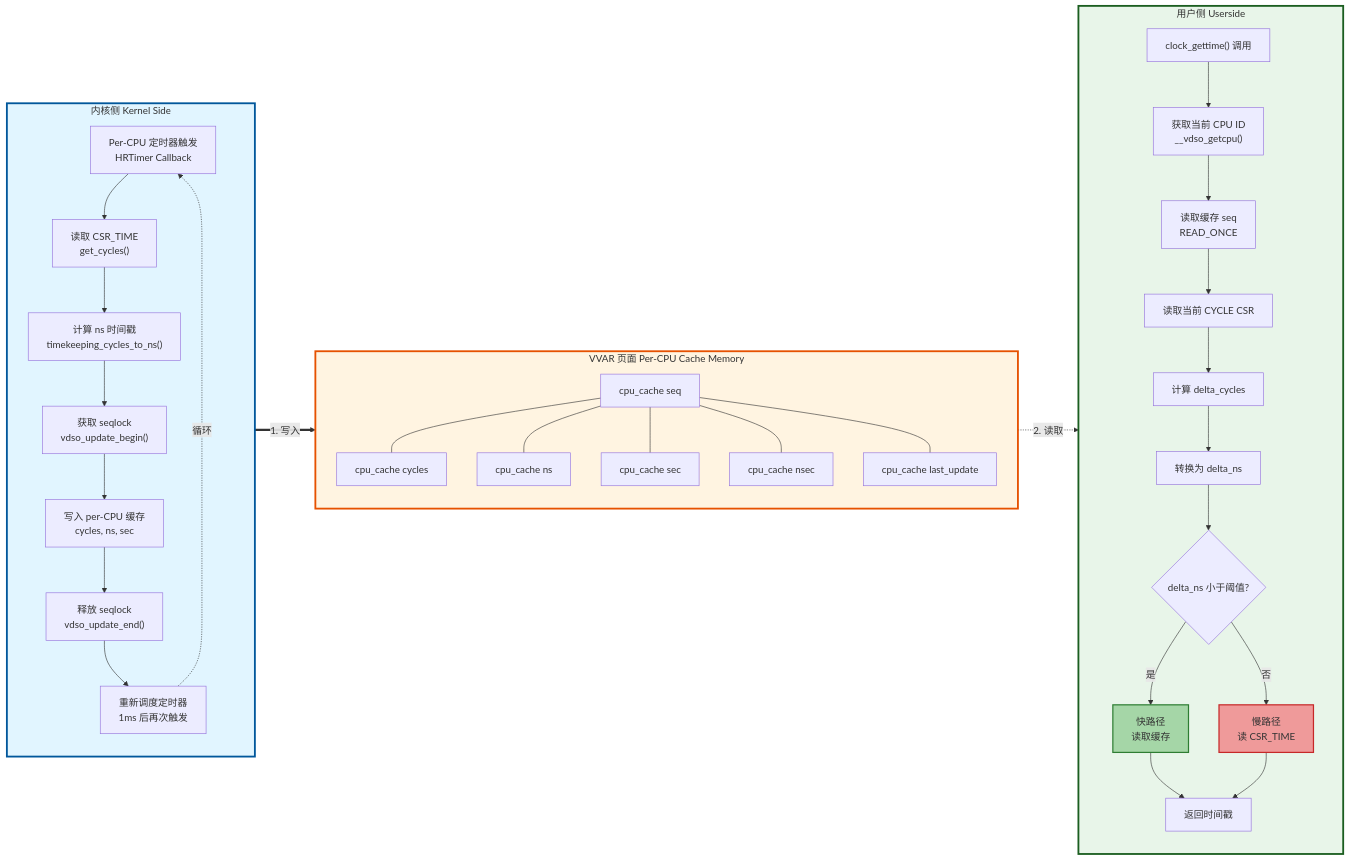
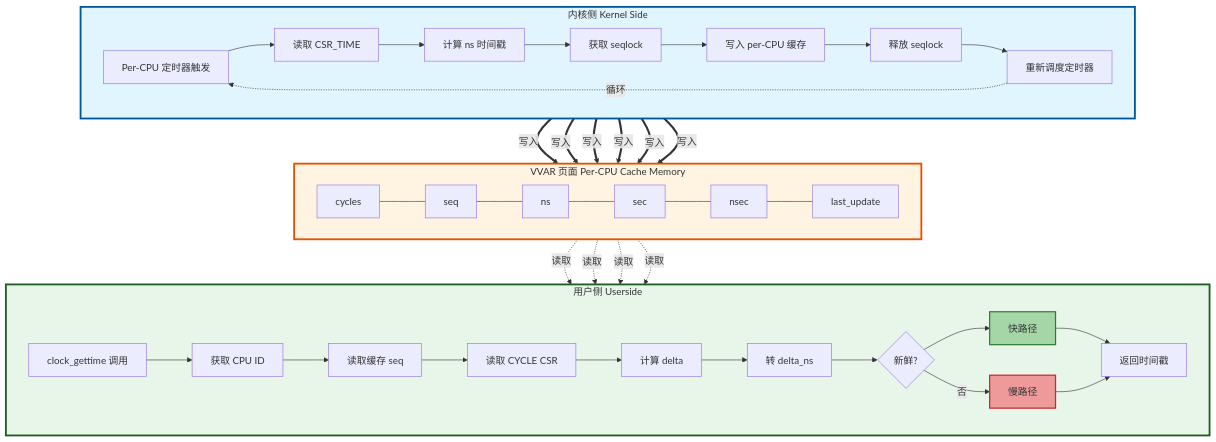
Before and after one commit to zcxGGmu/linux-riscv-docs: the eighth of 8 diagrams in kernel/vdso/res/cc-glm/use-subagents/RISC-V_vDSO_时间戳缓存优化方案_完整版.md, drawn with Mermaid. The commit also changed other lines of this file, not shown here.

Commit message:
docs: reorganize A.3 data flow to vertical stacked layout
Rearrange the three main sections vertically:
- Top: Kernel Side (定时器 → 写入缓存)
- Middle: VVAR Page (缓存数据存储)
- Bottom: User Side (读取 → 检查 → 返回)

Each section uses horizontal flow (LR) internally for
better space utilization, while the overall layout is
vertical (TB) for clear top-to-bottom data flow.

Simplified node labels for cleaner appearance.

````diff
--- a/kernel/vdso/res/cc-glm/use-subagents/RISC-V_vDSO_时间戳缓存优化方案_完整版.md
+++ b/kernel/vdso/res/cc-glm/use-subagents/RISC-V_vDSO_时间戳缓存优化方案_完整版.md
@@ -1623,62 +1623,38 @@
 ```mermaid
-flowchart LR
+flowchart TB
     subgraph KERNEL["内核侧 Kernel Side"]
-        direction TB
-        K1["Per-CPU 定时器触发<br/>HRTimer Callback"]
-        K2["读取 CSR_TIME<br/>get_cycles()"]
-        K3["计算 ns 时间戳<br/>timekeeping_cycles_to_ns()"]
-        K4["获取 seqlock<br/>vdso_update_begin()"]
-        K5["写入 per-CPU 缓存<br/>cycles, ns, sec"]
-        K6["释放 seqlock<br/>vdso_update_end()"]
-        K7["重新调度定时器<br/>1ms 后再次触发"]
-
-        K1 --> K2 --> K3 --> K4 --> K5 --> K6 --> K7
+        direction LR
+        K1["Per-CPU 定时器触发"] --> K2["读取 CSR_TIME"] --> K3["计算 ns 时间戳"] --> K4["获取 seqlock"] --> K5["写入 per-CPU 缓存"] --> K6["释放 seqlock"] --> K7["重新调度定时器"]
         K7 -.->|循环| K1
     end
 
     subgraph VVAR["VVAR 页面 Per-CPU Cache Memory"]
-        direction TB
-        V1["cpu_cache cycles"]
-        V2["cpu_cache ns"]
-        V3["cpu_cache sec"]
-        V4["cpu_cache nsec"]
-        V5["cpu_cache seq"]
-        V6["cpu_cache last_update"]
-
-        V5 --- V1
-        V5 --- V2
-        V5 --- V3
-        V5 --- V4
-        V5 --- V6
+        direction LR
+        V1["cycles"] --- V5["seq"] --- V2["ns"] --- V3["sec"] --- V4["nsec"] --- V6["last_update"]
     end
 
     subgraph USER["用户侧 Userside"]
-        direction TB
-        U1["clock_gettime() 调用"]
-        U2["获取当前 CPU ID<br/>__vdso_getcpu()"]
-        U3["读取缓存 seq<br/>READ_ONCE"]
-        U4["读取当前 CYCLE CSR"]
-        U5["计算 delta_cycles"]
-        U6["转换为 delta_ns"]
-        U7{delta_ns 小于阈值?}
-        U8["快路径<br/>读取缓存"]
-        U9["慢路径<br/>读 CSR_TIME"]
-        U10["返回时间戳"]
-
-        U1 --> U2 --> U3 --> U4 --> U5 --> U6 --> U7
-        U7 -->|是| U8
-        U7 -->|否| U9
-        U8 --> U10
-        U9 --> U10
+        direction LR
+        U1["clock_gettime 调用"] --> U2["获取 CPU ID"] --> U3["读取缓存 seq"] --> U4["读取 CYCLE CSR"] --> U5["计算 delta"] --> U6["转 delta_ns"] --> U7{新鲜?} --> U8["快路径"] --> U10["返回时间戳"]
+        U7 -->|否| U9["慢路径"] --> U10
     end
 
-    %% 数据流：左到右
-    KERNEL ==>|1. 写入| VVAR
-    VVAR -.->|2. 读取| USER
+    %% 数据流：上到下
+    KERNEL ==>|写入| V1
+    KERNEL ==>|写入| V2
+    KERNEL ==>|写入| V3
+    KERNEL ==>|写入| V4
+    KERNEL ==>|写入| V5
+    KERNEL ==>|写入| V6
+
+    V3 -.->|读取| U2
+    V5 -.->|读取| U3
+    V2 -.->|读取| U6
+    V3 -.->|读取| U8
 
     style KERNEL fill:#e1f5ff,stroke:#01579b,stroke-width:3px
     style VVAR fill:#fff4e1,stroke:#e65100,stroke-width:3px
     style USER fill:#e8f5e9,stroke:#1b5e20,stroke-width:3px
     style U8 fill:#a5d6a7,stroke:#2e7d32,stroke-width:2px
     style U9 fill:#ef9a9a,stroke:#c62828,stroke-width:2px
 ```
````
